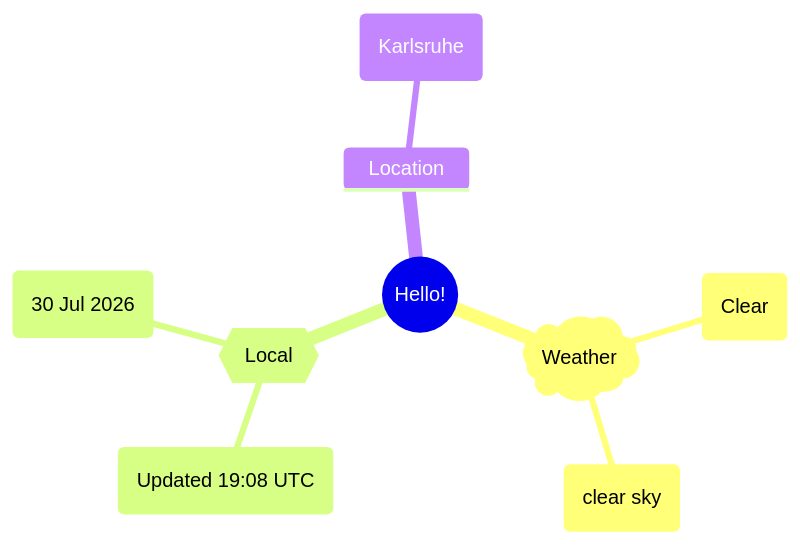
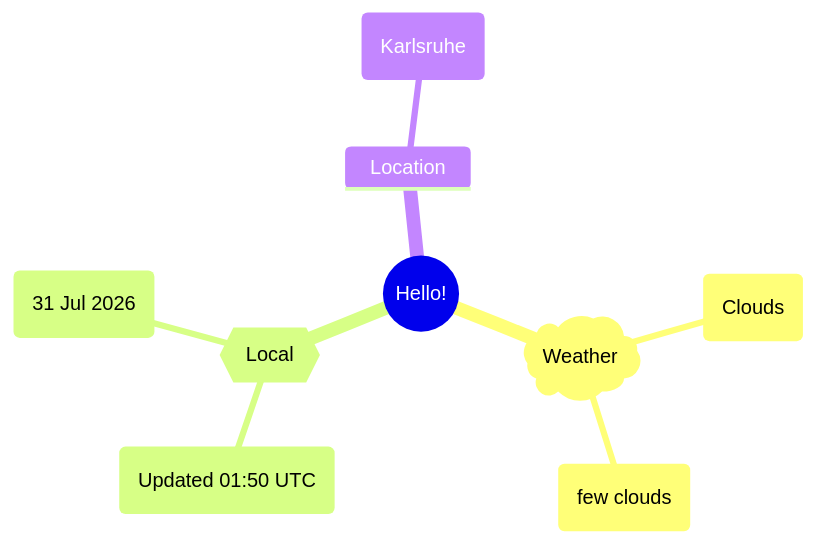
The first of 2 diagrams in README.md (Xosrov/Xosrov), drawn with Mermaid before and after one commit.

Commit message:
[bot] updated images

````diff
--- a/README.md
+++ b/README.md
@@ -3,12 +3,12 @@
 ```mermaid
 mindmap
   root((Hello!))
     )Weather(
-        (Clear)
-        (clear sky)
+        (Clouds)
+        (few clouds)
     {{Local}}
-        (Updated 19:08 UTC)
-        (30 Jul 2026)
+        (Updated 01:50 UTC)
+        (31 Jul 2026)
     Location
         (Karlsruhe)
 ```
````
